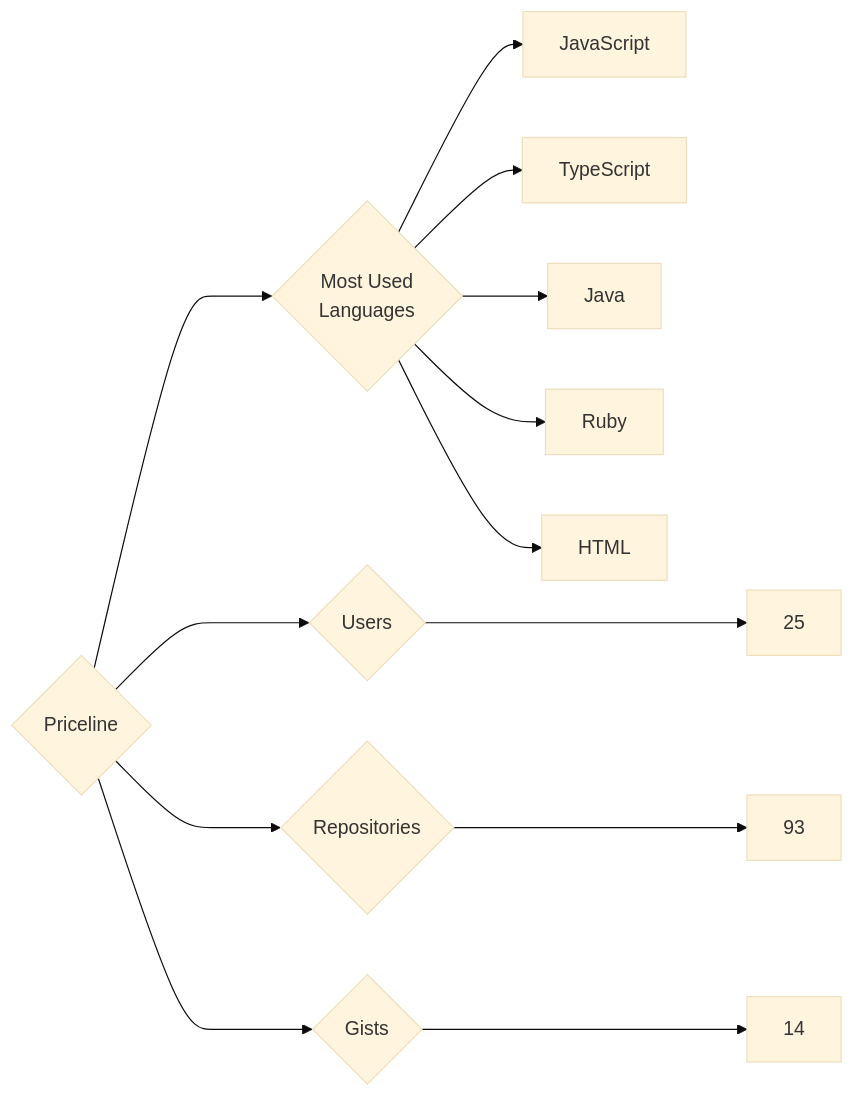
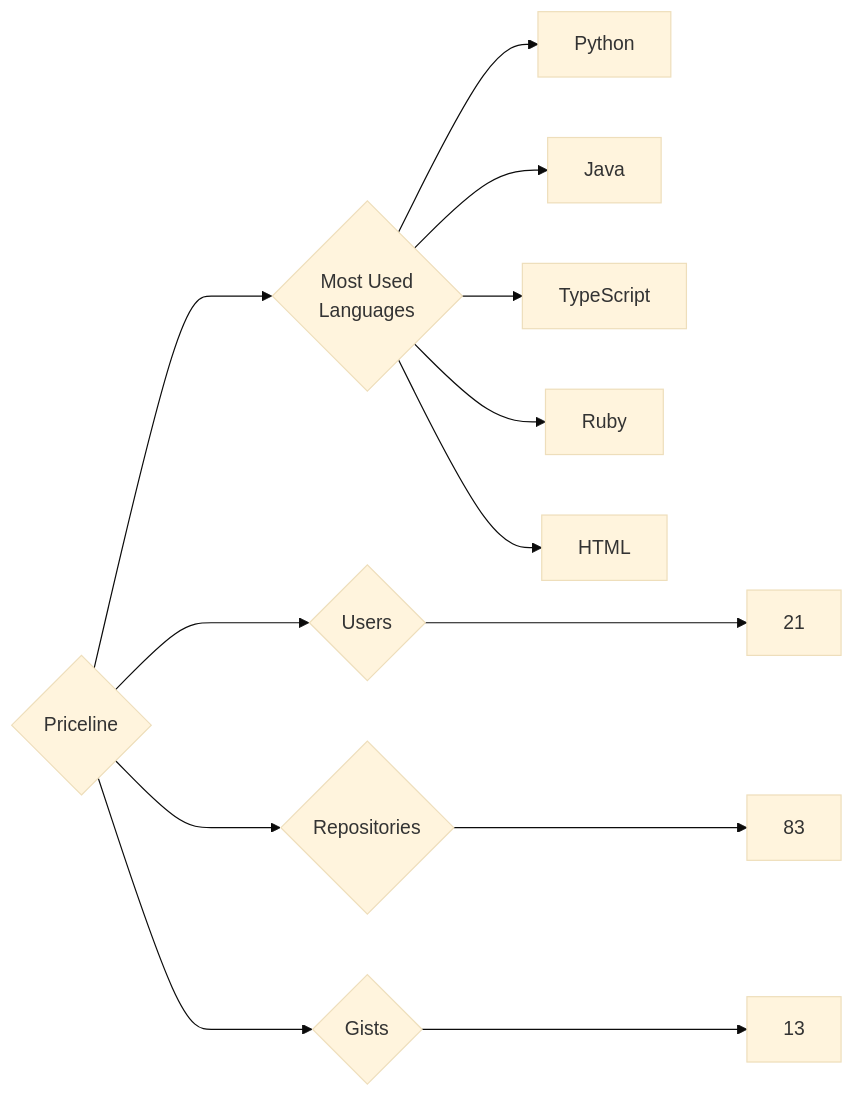
Before and after one commit to trickest/insiders: the diagram in targets/Priceline/README.md, drawn with Mermaid (base theme). The commit also changed 1011 other files, not shown here.

````diff
--- a/targets/Priceline/README.md
+++ b/targets/Priceline/README.md
@@ -3,13 +3,13 @@
 ```mermaid
 graph LR
 COMPANY_NAME{Priceline}
-COMPANY_NAME ---> U{Users} ---> UN[25]
-COMPANY_NAME ---> R{Repositories} ---> RN[93]
-COMPANY_NAME ---> G{Gists} ---> GN[14]
+COMPANY_NAME ---> U{Users} ---> UN[21]
+COMPANY_NAME ---> R{Repositories} ---> RN[83]
+COMPANY_NAME ---> G{Gists} ---> GN[13]
 COMPANY_NAME ---> ML{Most Used<br>Languages}
-ML --> JavaScript[JavaScript]
+ML --> Python[Python]
+ML --> Java[Java]
 ML --> TypeScript[TypeScript]
-ML --> Java[Java]
 ML --> Ruby[Ruby]
 ML --> HTML[HTML]
 ```
````
